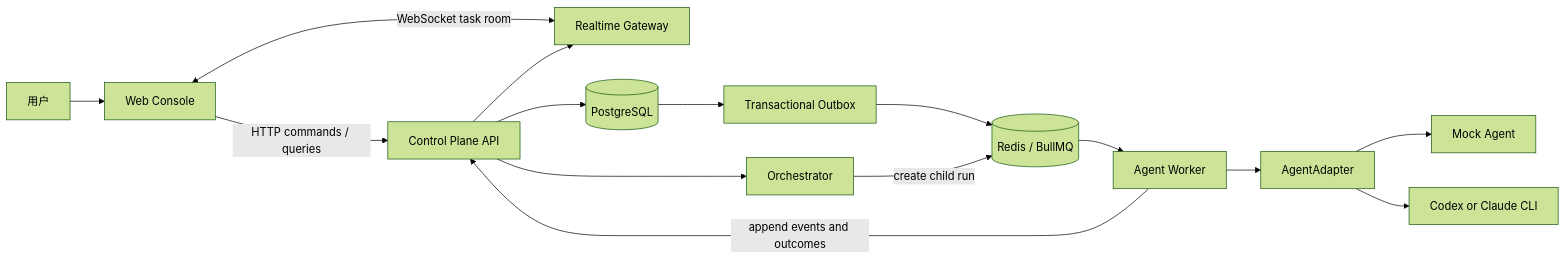
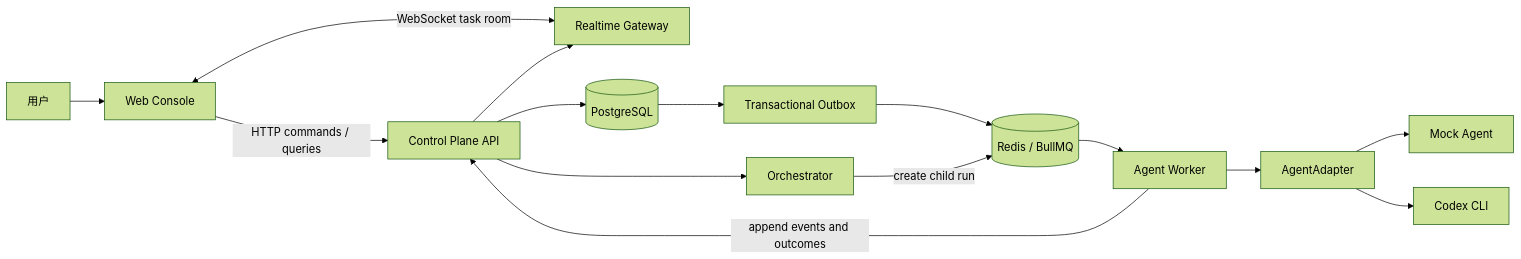
Before and after one commit to zishuo-xu/relay-hub: the first of 2 diagrams in docs/03-architecture.md, drawn with Mermaid (forest theme). The commit also changed other lines of this file and 27 other files, not shown here.

````diff
--- a/docs/03-architecture.md
+++ b/docs/03-architecture.md
@@ -29,20 +29,20 @@
 ```mermaid
 flowchart LR
     U["用户"] --> W["Web Console"]
     W -->|"HTTP commands / queries"| API["Control Plane API"]
     W <-->|"WebSocket task room"| RT["Realtime Gateway"]
 
     API --> DB[("PostgreSQL")]
     DB --> OB["Transactional Outbox"]
     OB --> Q[("Redis / BullMQ")]
     API --> RT
 
     Q --> WK["Agent Worker"]
     WK --> A["AgentAdapter"]
     A --> M["Mock Agent"]
-    A --> C["Codex or Claude CLI"]
+    A --> C["Codex CLI"]
     WK -->|"append events and outcomes"| API
 
     API --> O["Orchestrator"]
     O -->|"create child run"| Q
 ```
````
